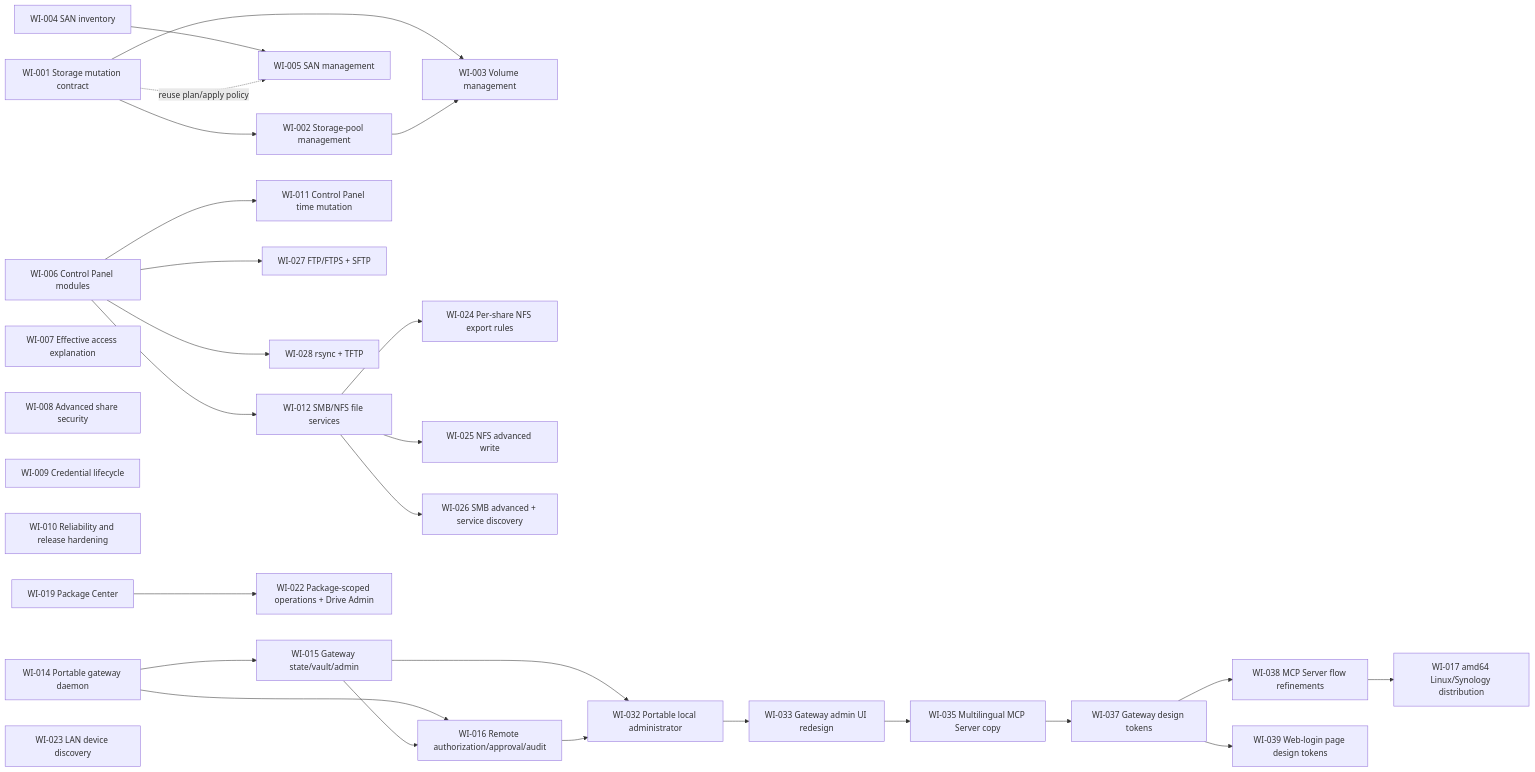
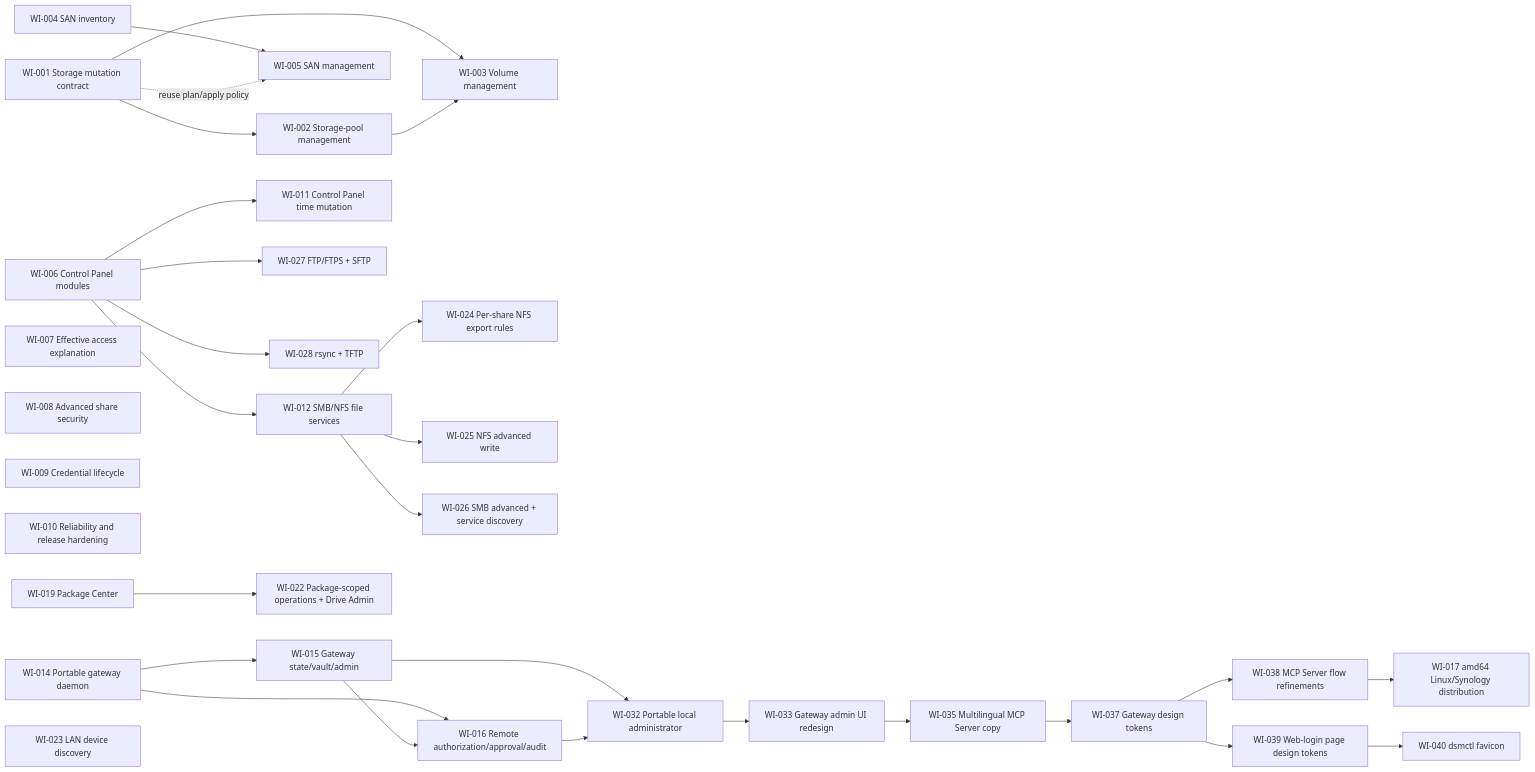
One commit to ychiu1211/dsmctl changed the diagram in spec/roadmap.md. Above: the diagram before and after it, drawn with Mermaid. The commit also changed other lines of this file and 10 other files, not shown here.

Commit message:
Add shared dsmctl favicon

````diff
--- a/spec/roadmap.md
+++ b/spec/roadmap.md
@@ -9,33 +9,34 @@
 ```mermaid
 flowchart LR
   WI001["WI-001 Storage mutation contract"] --> WI002["WI-002 Storage-pool management"]
   WI001 --> WI003["WI-003 Volume management"]
   WI002 --> WI003
   WI004["WI-004 SAN inventory"] --> WI005["WI-005 SAN management"]
   WI001 -. "reuse plan/apply policy" .-> WI005
   WI006["WI-006 Control Panel modules"]
   WI006 --> WI012["WI-012 SMB/NFS file services"]
   WI006 --> WI011["WI-011 Control Panel time mutation"]
   WI012 --> WI024["WI-024 Per-share NFS export rules"]
   WI012 --> WI025["WI-025 NFS advanced write"]
   WI012 --> WI026["WI-026 SMB advanced + service discovery"]
   WI006 --> WI027["WI-027 FTP/FTPS + SFTP"]
   WI006 --> WI028["WI-028 rsync + TFTP"]
   WI007["WI-007 Effective access explanation"]
   WI008["WI-008 Advanced share security"]
   WI009["WI-009 Credential lifecycle"]
   WI010["WI-010 Reliability and release hardening"]
   WI014["WI-014 Portable gateway daemon"] --> WI015["WI-015 Gateway state/vault/admin"]
   WI014 --> WI016["WI-016 Remote authorization/approval/audit"]
   WI015 --> WI016
   WI015 --> WI032["WI-032 Portable local administrator"]
   WI016 --> WI032
   WI032 --> WI033["WI-033 Gateway admin UI redesign"]
   WI033 --> WI035["WI-035 Multilingual MCP Server copy"]
   WI035 --> WI037["WI-037 Gateway design tokens"]
   WI037 --> WI038["WI-038 MCP Server flow refinements"]
   WI038 --> WI017["WI-017 amd64 Linux/Synology distribution"]
   WI037 --> WI039["WI-039 Web-login page design tokens"]
+  WI039 --> WI040["WI-040 dsmctl favicon"]
   WI019["WI-019 Package Center"] --> WI022["WI-022 Package-scoped operations + Drive Admin"]
   WI023["WI-023 LAN device discovery"]
 ```
````
